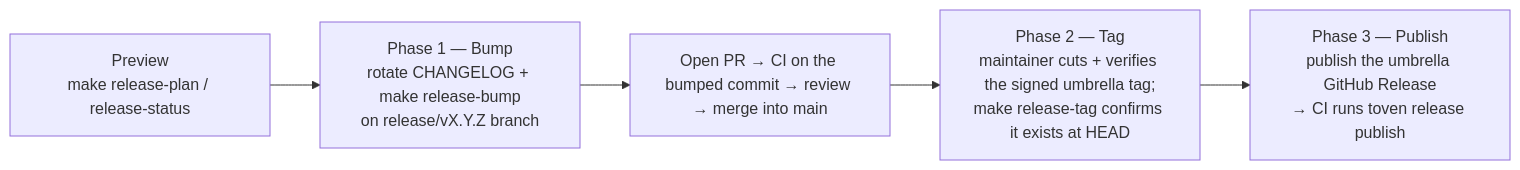
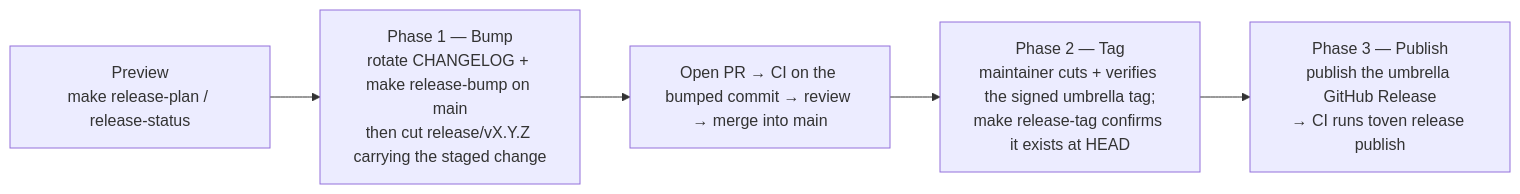
The diagram in docs/RELEASING.md (kbukum/rskit), drawn with Mermaid before and after one commit. The commit also changed other lines of this file and 1 other file, not shown here.

First line of the commit message:
docs(release): bump on main before cutting the release branch

````diff
--- a/docs/RELEASING.md
+++ b/docs/RELEASING.md
@@ -33,7 +75,7 @@
 ```mermaid
 flowchart LR
-    A["Preview<br/>make release-plan / release-status"] --> B["Phase 1 — Bump<br/>rotate CHANGELOG + make release-bump<br/>on release/vX.Y.Z branch"]
+    A["Preview<br/>make release-plan / release-status"] --> B["Phase 1 — Bump<br/>rotate CHANGELOG + make release-bump on main<br/>then cut release/vX.Y.Z carrying the staged change"]
     B --> C["Open PR → CI on the bumped commit → review → merge into main"]
     C --> D["Phase 2 — Tag<br/>maintainer cuts + verifies the signed umbrella tag;<br/>make release-tag confirms it exists at HEAD"]
     D --> E["Phase 3 — Publish<br/>publish the umbrella GitHub Release<br/>→ CI runs toven release publish"]
 ```
````
